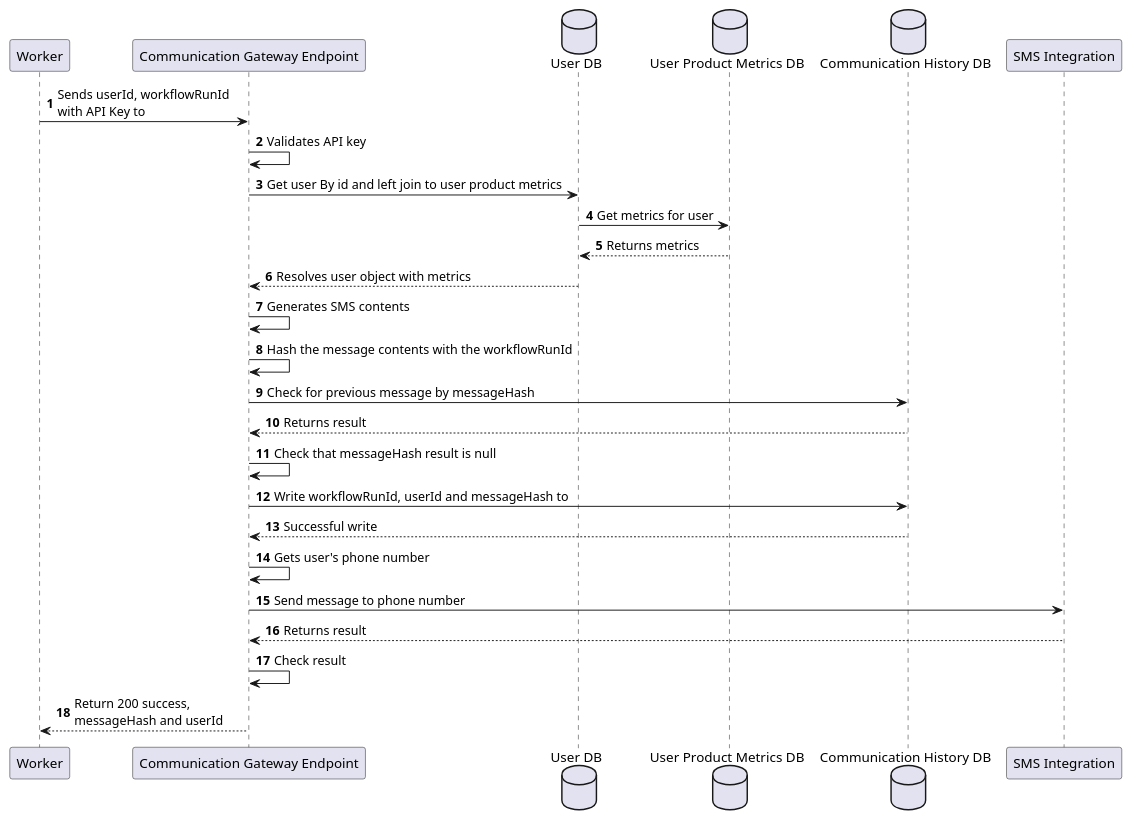
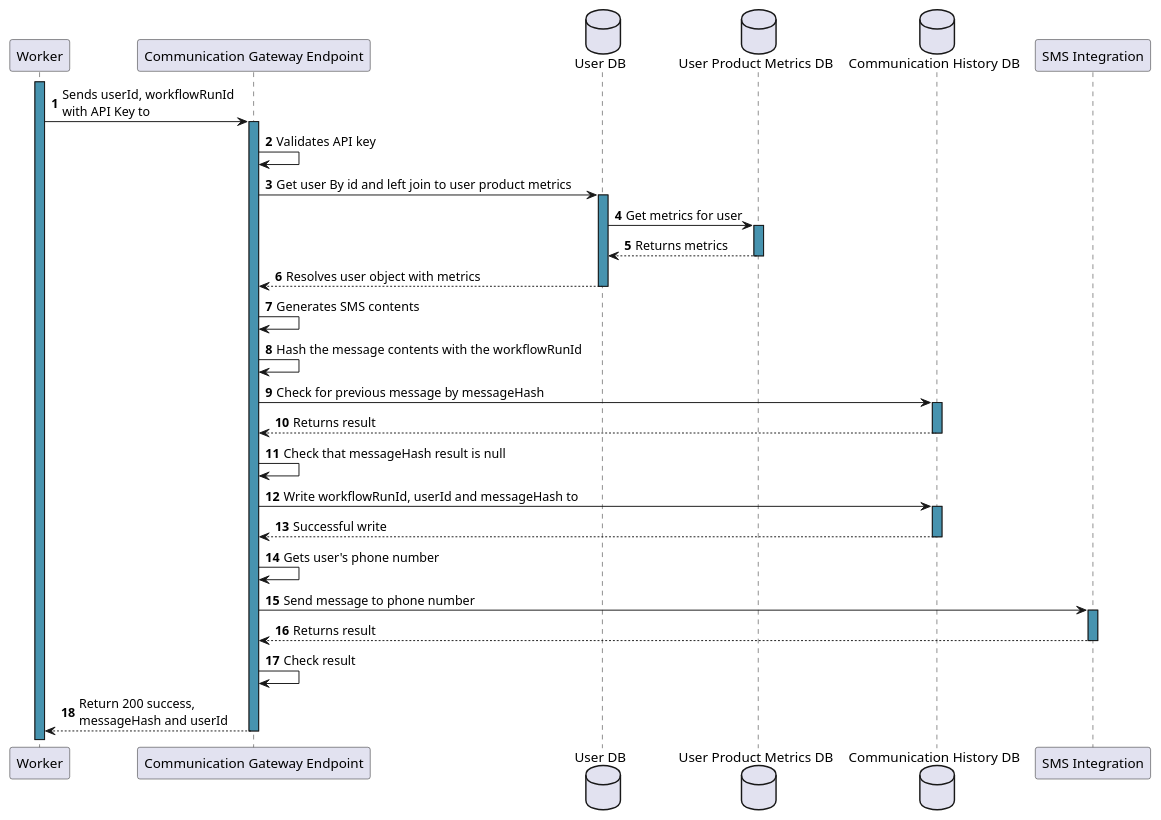
One commit to CameronWard301/communication_scheduler changed the diagram in Designs/Sequence Diagrams/InvokeGateway.puml. Above: the diagram before and after it, drawn with PlantUML. The commit also changed 184 other files, not shown here.

```diff
--- a/Designs/Sequence Diagrams/InvokeGateway.puml
+++ b/Designs/Sequence Diagrams/InvokeGateway.puml
@@ -1,36 +1,55 @@
 @startuml Create New Workflow
 
 participant "Worker" as worker
 participant "Communication Gateway Endpoint" as gateway
 database "User DB" as userDB
 database "User Product Metrics DB" as metricsDB
 database "Communication History DB" as historyDB
 participant "SMS Integration" as sms
 
 autonumber
+activate worker #4793AF
+worker -> gateway: Sends userId, workflowRunId \nwith API Key to
 
-worker -> gateway: Sends userId, workflowRunId \nwith API Key to
+activate gateway #4793AF
 gateway -> gateway: Validates API key
+
 gateway -> userDB: Get user By id and left join to user product metrics
+activate userDB #4793AF
+
 userDB -> metricsDB: Get metrics for user
+activate metricsDB #4793AF
 metricsDB --> userDB: Returns metrics
+deactivate metricsDB
 userDB --> gateway: Resolves user object with metrics
+deactivate userDB
 
 gateway -> gateway: Generates SMS contents
 gateway -> gateway: Hash the message contents with the workflowRunId
 
 gateway -> historyDB: Check for previous message by messageHash
+activate historyDB #4793AF
 
 historyDB --> gateway: Returns result
+deactivate historyDB
+
 gateway -> gateway: Check that messageHash result is null
+
 gateway -> historyDB: Write workflowRunId, userId and messageHash to
+activate historyDB #4793AF
+
 historyDB --> gateway: Successful write
+deactivate historyDB
 
 gateway -> gateway: Gets user's phone number
 gateway -> sms: Send message to phone number
+activate sms #4793AF
+
 sms --> gateway: Returns result
+deactivate sms
+
 gateway -> gateway: Check result
 gateway --> worker: Return 200 success,\nmessageHash and userId
-
+deactivate gateway
 
 @enduml
```
